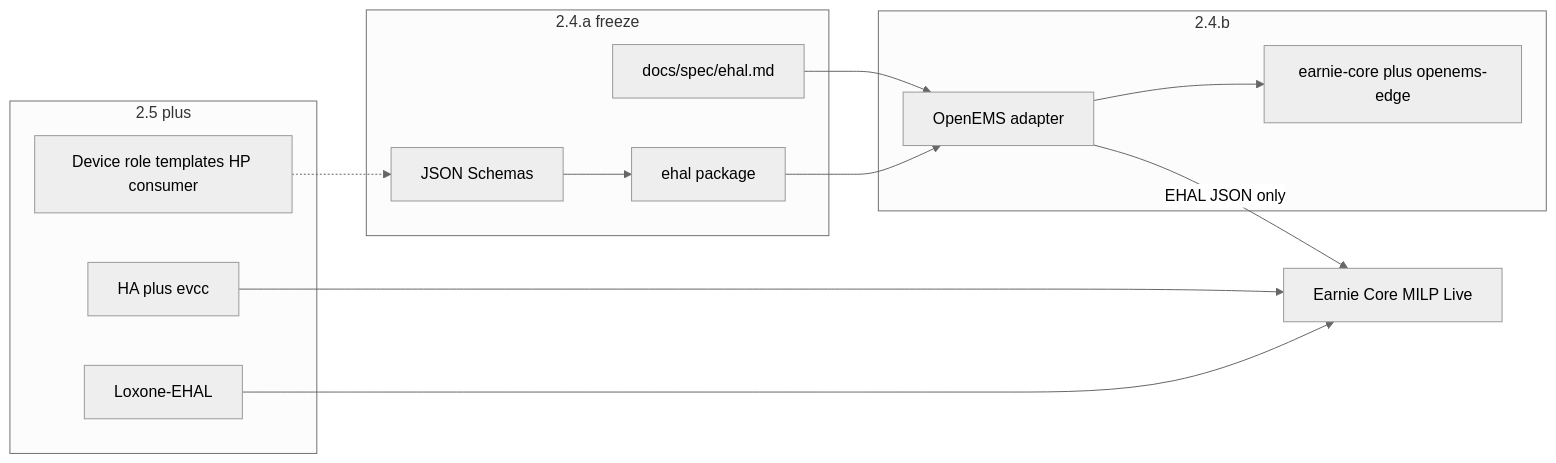
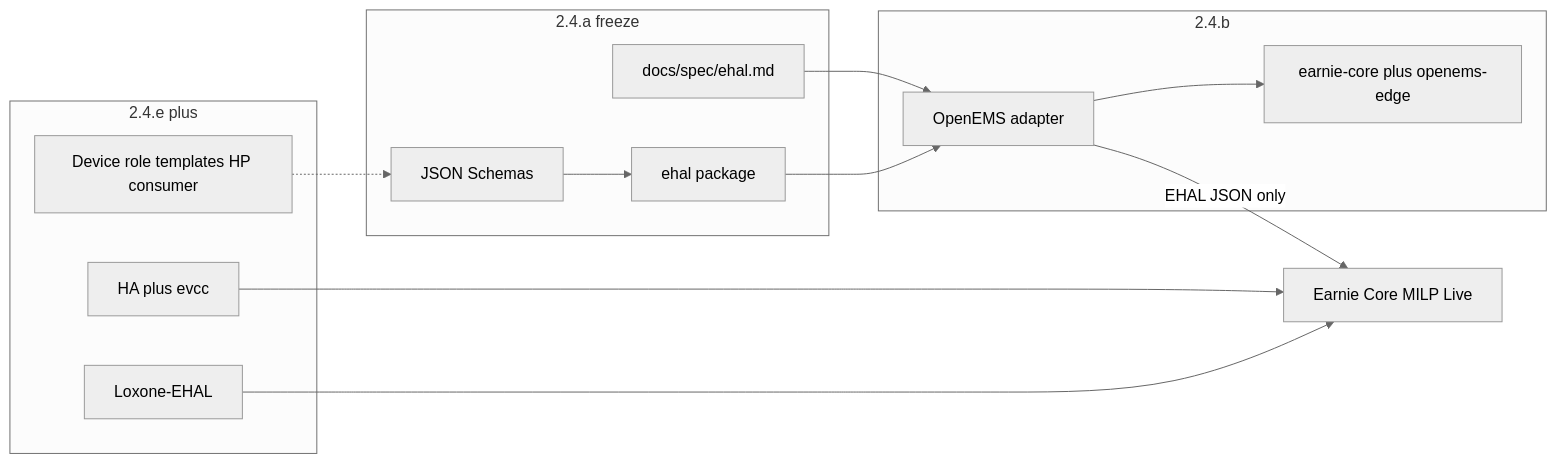
The diagram in .cursor/plans/ehal_spec_2.4.a_1a904741.plan.md (JochenTCC/Earnie), drawn with Mermaid (neutral theme) before and after one commit. The commit also changed other lines of this file and 37 other files, not shown here.

````diff
--- a/.cursor/plans/ehal_spec_2.4.a_1a904741.plan.md
+++ b/.cursor/plans/ehal_spec_2.4.a_1a904741.plan.md
@@ -44,26 +44,26 @@
 ```mermaid
 flowchart LR
   subgraph freeze_24a [2.4.a freeze]
     Schemas[JSON Schemas]
     PyEhal[ehal package]
     SpecDoc[docs/spec/ehal.md]
   end
   subgraph proto_24b [2.4.b]
     OpenEMSAdapter[OpenEMS adapter]
     Compose[earnie-core plus openems-edge]
   end
-  subgraph later [2.5 plus]
+  subgraph later [2.4.e plus]
     HA[HA plus evcc]
     Lox[Loxone-EHAL]
     Profiles[Device role templates HP consumer]
   end
   Core[Earnie Core MILP Live]
   Schemas --> PyEhal
   SpecDoc --> OpenEMSAdapter
   PyEhal --> OpenEMSAdapter
   OpenEMSAdapter -->|EHAL JSON only| Core
   OpenEMSAdapter --> Compose
   HA --> Core
   Lox --> Core
   Profiles -.-> Schemas
 ```
````
